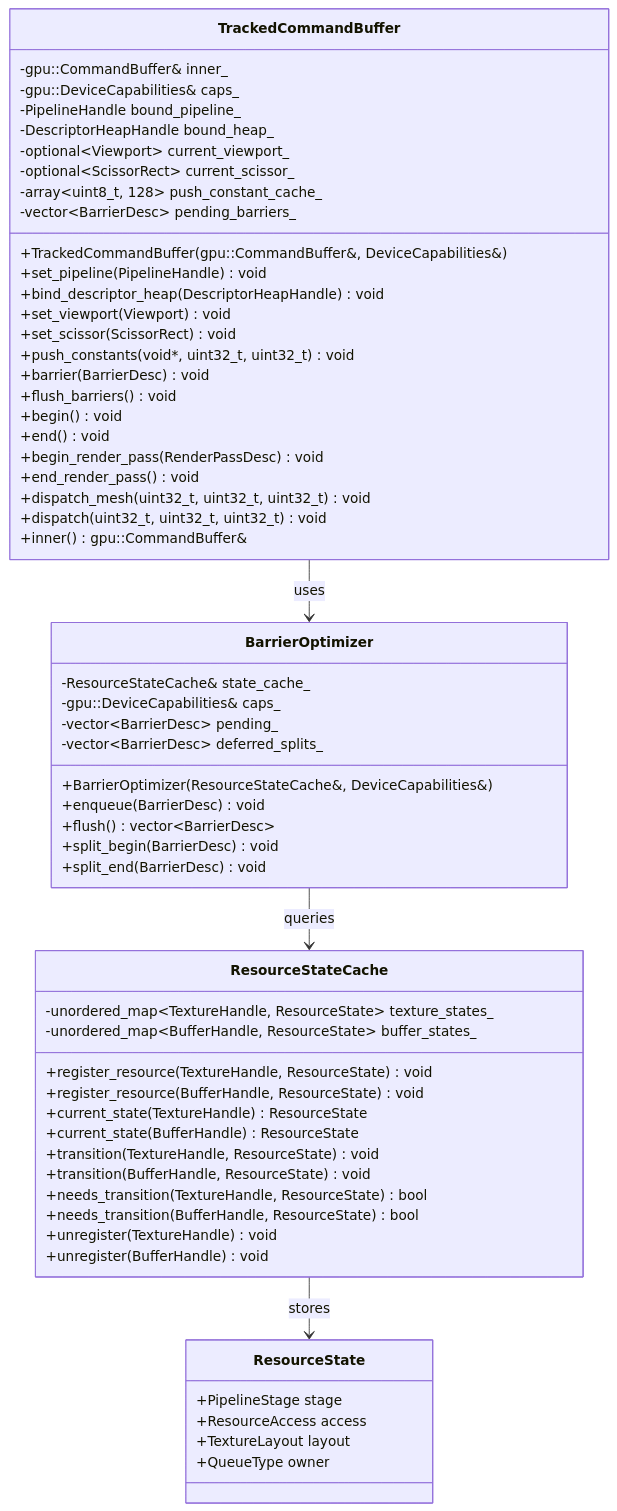
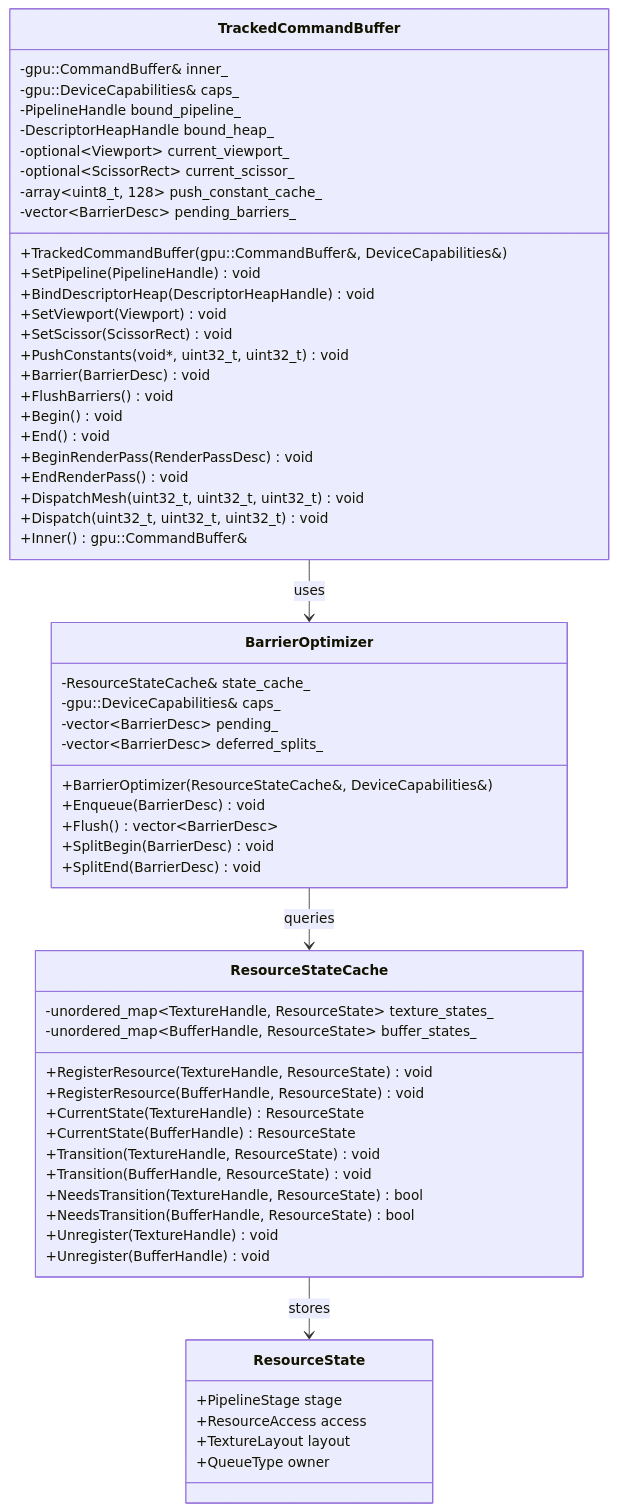
The fourth of 11 diagrams in docs/design/gpu-runtime-classes.md (harmonius-dev/harmonius), drawn with Mermaid before and after one commit. The commit also changed other lines of this file and 67 other files, not shown here.

````diff
--- a/docs/design/gpu-runtime-classes.md
+++ b/docs/design/gpu-runtime-classes.md
@@ -318,66 +318,66 @@
 ```mermaid
 classDiagram
     class TrackedCommandBuffer {
         -gpu::CommandBuffer& inner_
         -gpu::DeviceCapabilities& caps_
         -PipelineHandle bound_pipeline_
         -DescriptorHeapHandle bound_heap_
         -optional~Viewport~ current_viewport_
         -optional~ScissorRect~ current_scissor_
         -array~uint8_t, 128~ push_constant_cache_
         -vector~BarrierDesc~ pending_barriers_
         +TrackedCommandBuffer(gpu::CommandBuffer&, DeviceCapabilities&)
-        +set_pipeline(PipelineHandle) void
-        +bind_descriptor_heap(DescriptorHeapHandle) void
-        +set_viewport(Viewport) void
-        +set_scissor(ScissorRect) void
-        +push_constants(void*, uint32_t, uint32_t) void
-        +barrier(BarrierDesc) void
-        +flush_barriers() void
-        +begin() void
-        +end() void
-        +begin_render_pass(RenderPassDesc) void
-        +end_render_pass() void
-        +dispatch_mesh(uint32_t, uint32_t, uint32_t) void
-        +dispatch(uint32_t, uint32_t, uint32_t) void
-        +inner() gpu::CommandBuffer&
+        +SetPipeline(PipelineHandle) void
+        +BindDescriptorHeap(DescriptorHeapHandle) void
+        +SetViewport(Viewport) void
+        +SetScissor(ScissorRect) void
+        +PushConstants(void*, uint32_t, uint32_t) void
+        +Barrier(BarrierDesc) void
+        +FlushBarriers() void
+        +Begin() void
+        +End() void
+        +BeginRenderPass(RenderPassDesc) void
+        +EndRenderPass() void
+        +DispatchMesh(uint32_t, uint32_t, uint32_t) void
+        +Dispatch(uint32_t, uint32_t, uint32_t) void
+        +Inner() gpu::CommandBuffer&
     }
 
     class ResourceStateCache {
         -unordered_map~TextureHandle, ResourceState~ texture_states_
         -unordered_map~BufferHandle, ResourceState~ buffer_states_
-        +register_resource(TextureHandle, ResourceState) void
-        +register_resource(BufferHandle, ResourceState) void
-        +current_state(TextureHandle) ResourceState
-        +current_state(BufferHandle) ResourceState
-        +transition(TextureHandle, ResourceState) void
-        +transition(BufferHandle, ResourceState) void
-        +needs_transition(TextureHandle, ResourceState) bool
-        +needs_transition(BufferHandle, ResourceState) bool
-        +unregister(TextureHandle) void
-        +unregister(BufferHandle) void
+        +RegisterResource(TextureHandle, ResourceState) void
+        +RegisterResource(BufferHandle, ResourceState) void
+        +CurrentState(TextureHandle) ResourceState
+        +CurrentState(BufferHandle) ResourceState
+        +Transition(TextureHandle, ResourceState) void
+        +Transition(BufferHandle, ResourceState) void
+        +NeedsTransition(TextureHandle, ResourceState) bool
+        +NeedsTransition(BufferHandle, ResourceState) bool
+        +Unregister(TextureHandle) void
+        +Unregister(BufferHandle) void
     }
 
     class BarrierOptimizer {
         -ResourceStateCache& state_cache_
         -gpu::DeviceCapabilities& caps_
         -vector~BarrierDesc~ pending_
         -vector~BarrierDesc~ deferred_splits_
         +BarrierOptimizer(ResourceStateCache&, DeviceCapabilities&)
-        +enqueue(BarrierDesc) void
-        +flush() vector~BarrierDesc~
-        +split_begin(BarrierDesc) void
-        +split_end(BarrierDesc) void
+        +Enqueue(BarrierDesc) void
+        +Flush() vector~BarrierDesc~
+        +SplitBegin(BarrierDesc) void
+        +SplitEnd(BarrierDesc) void
     }
 
     class ResourceState {
         +PipelineStage stage
         +ResourceAccess access
         +TextureLayout layout
         +QueueType owner
     }
 
     TrackedCommandBuffer --> BarrierOptimizer : uses
     BarrierOptimizer --> ResourceStateCache : queries
     ResourceStateCache --> ResourceState : stores
 ```
````
